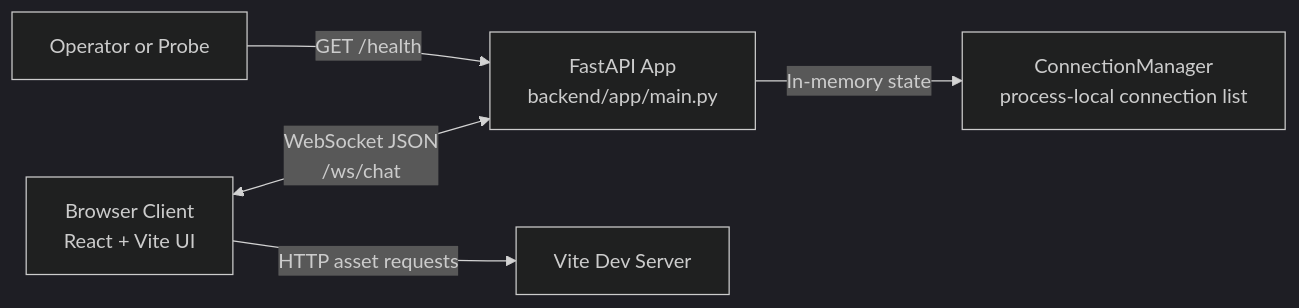
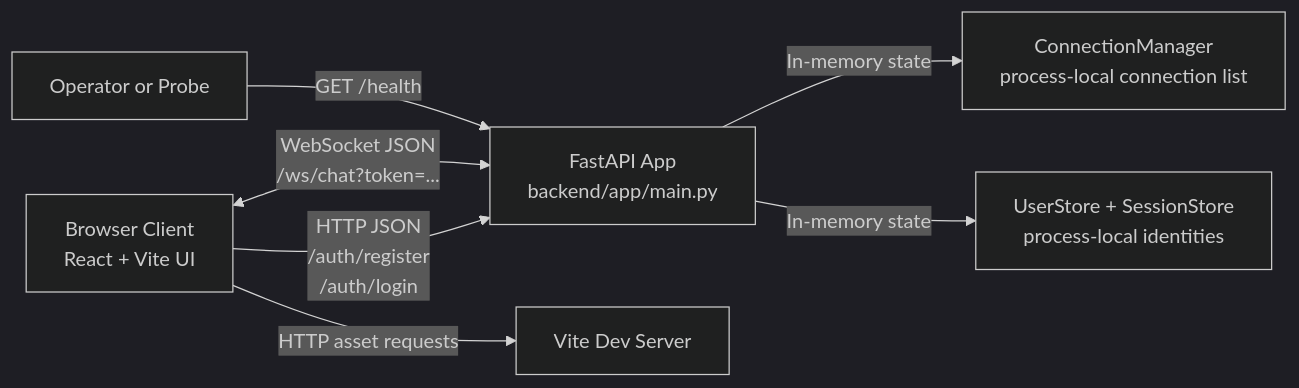
Before and after one commit to stigmergist/VibeArch: the diagram in arch/system-overview.md, drawn with Mermaid (dark theme). The commit also changed other lines of this file and 15 other files, not shown here.

````diff
--- a/arch/system-overview.md
+++ b/arch/system-overview.md
@@ -25,7 +26,9 @@
 ```mermaid
 flowchart LR
-	Browser[Browser Client\nReact + Vite UI] <-->|WebSocket JSON\n/ws/chat| API[FastAPI App\nbackend/app/main.py]
+	Browser[Browser Client\nReact + Vite UI] -->|HTTP JSON\n/auth/register\n/auth/login| API[FastAPI App\nbackend/app/main.py]
+	Browser <-->|WebSocket JSON\n/ws/chat?token=...| API
 	Browser -->|HTTP asset requests| Vite[Vite Dev Server]
 	API -->|In-memory state| Manager[ConnectionManager\nprocess-local connection list]
+	API -->|In-memory state| Identity[UserStore + SessionStore\nprocess-local identities]
 	Monitor[Operator or Probe] -->|GET /health| API
 ```
````
